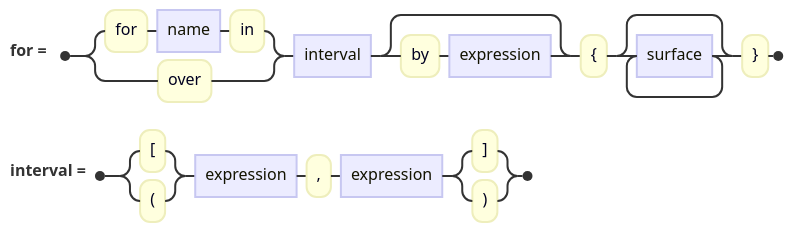
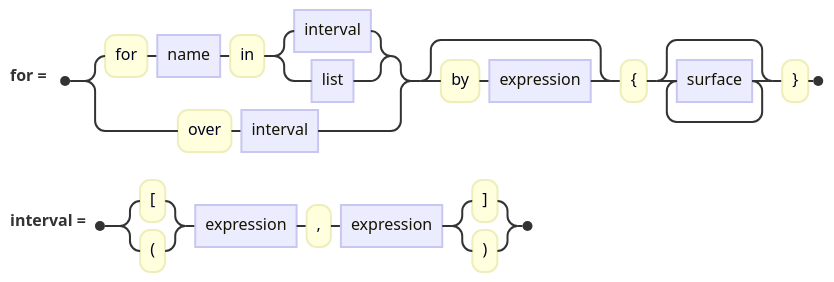
Before and after one commit to jskress/RayTracer: the diagram in docs/diagrams/surfaces/forClause.mmd, drawn with Mermaid. The commit also changed 21 other files, not shown here.

```diff
--- a/docs/diagrams/surfaces/forClause.mmd
+++ b/docs/diagrams/surfaces/forClause.mmd
@@ -1,5 +1,6 @@
 railroad-ebnf-beta
 title "Repeating things"
 
-for = ( "for" name "in" | "over" ) interval [ "by" expression ] "{" { surface } "}" ;
+for = ( "for" name "in" ( interval | list ) | "over" interval ) [ "by" expression ]
+    "{" { surface } "}" ;
 interval = ( "[" | "(" ) expression "," expression ( "]" | ")" ) ;
```
